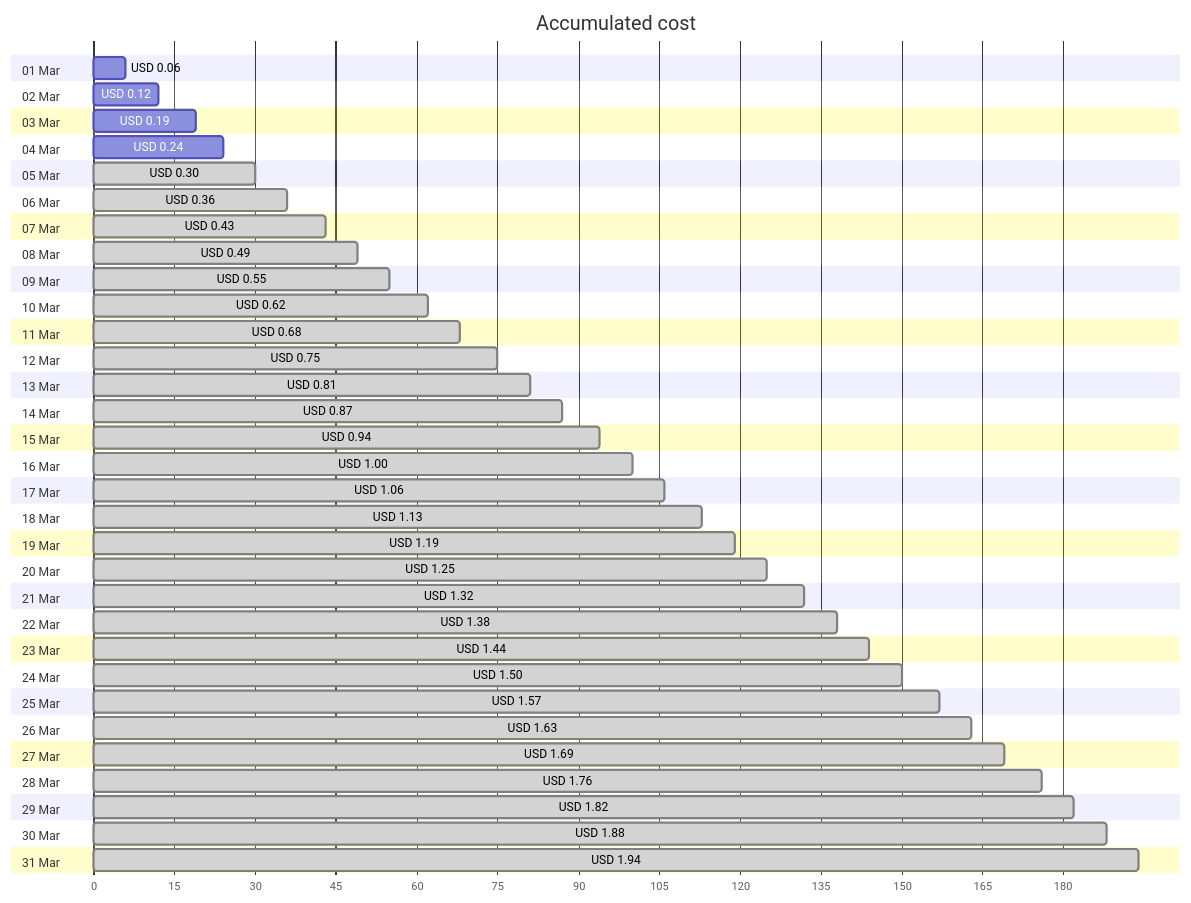
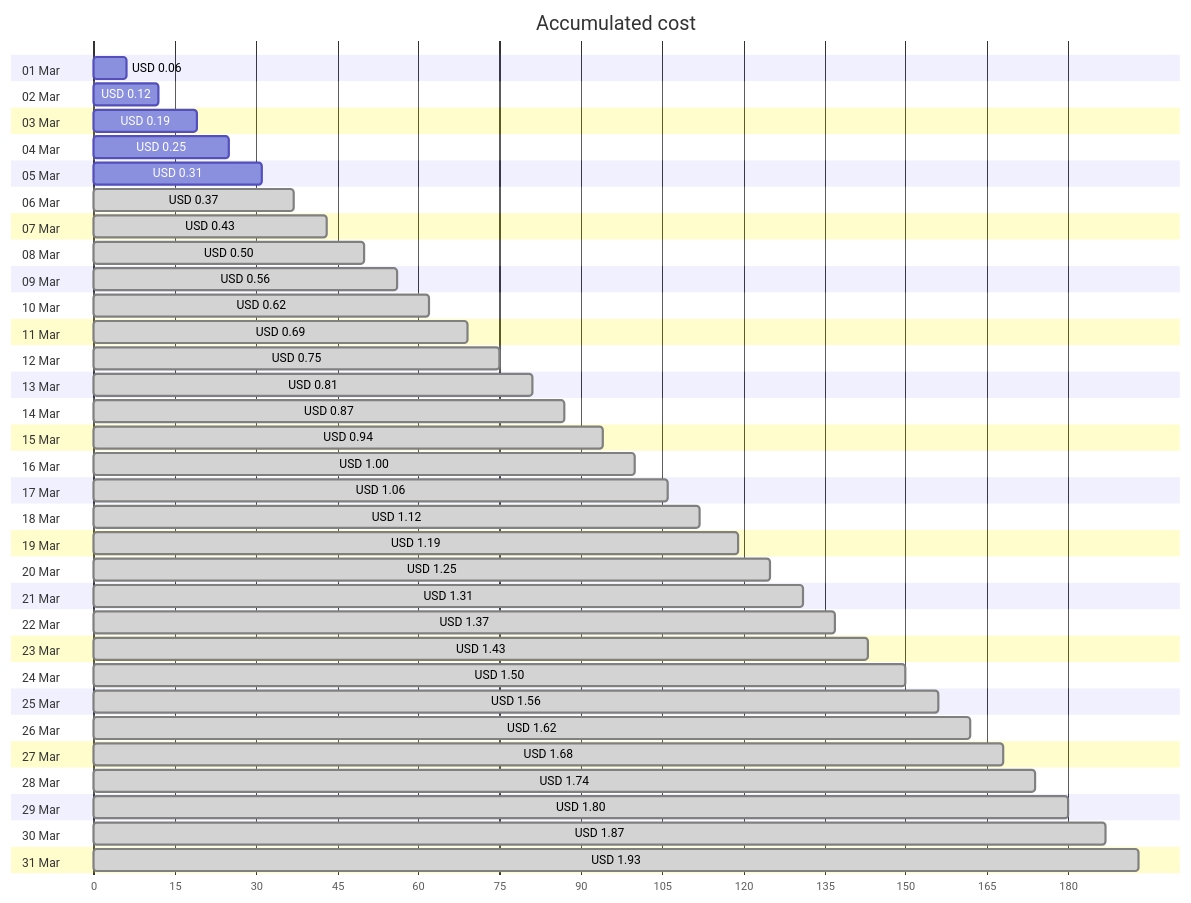
The first of 4 diagrams in cost-reports/personal-network/vpn-server_OsDisk.md (jpfulton/azure-personal-reports), drawn with Mermaid before and after one commit. The commit also changed other lines of this file and 8 other files, not shown here.

````diff
--- a/cost-reports/personal-network/vpn-server_OsDisk.md
+++ b/cost-reports/personal-network/vpn-server_OsDisk.md
@@ -20,68 +20,68 @@
 ```mermaid
 gantt
    title Accumulated cost
    dateFormat  X
    axisFormat %s
    section 01 Mar
    USD 0.06 :0, 6
    section 02 Mar
    USD 0.12 :0, 12
    section 03 Mar
    USD 0.19 :0, 19
    section 04 Mar
-   USD 0.24 :0, 24
+   USD 0.25 :0, 25
    section 05 Mar
-   USD 0.30 : done, 0, 30
+   USD 0.31 :0, 31
    section 06 Mar
-   USD 0.36 : done, 0, 36
+   USD 0.37 : done, 0, 37
    section 07 Mar
    USD 0.43 : done, 0, 43
    section 08 Mar
-   USD 0.49 : done, 0, 49
+   USD 0.50 : done, 0, 50
    section 09 Mar
-   USD 0.55 : done, 0, 55
+   USD 0.56 : done, 0, 56
    section 10 Mar
    USD 0.62 : done, 0, 62
    section 11 Mar
-   USD 0.68 : done, 0, 68
+   USD 0.69 : done, 0, 69
    section 12 Mar
    USD 0.75 : done, 0, 75
    section 13 Mar
    USD 0.81 : done, 0, 81
    section 14 Mar
    USD 0.87 : done, 0, 87
    section 15 Mar
    USD 0.94 : done, 0, 94
    section 16 Mar
    USD 1.00 : done, 0, 100
    section 17 Mar
    USD 1.06 : done, 0, 106
    section 18 Mar
-   USD 1.13 : done, 0, 113
+   USD 1.12 : done, 0, 112
    section 19 Mar
    USD 1.19 : done, 0, 119
    section 20 Mar
    USD 1.25 : done, 0, 125
    section 21 Mar
-   USD 1.32 : done, 0, 132
+   USD 1.31 : done, 0, 131
    section 22 Mar
-   USD 1.38 : done, 0, 138
+   USD 1.37 : done, 0, 137
    section 23 Mar
-   USD 1.44 : done, 0, 144
+   USD 1.43 : done, 0, 143
    section 24 Mar
    USD 1.50 : done, 0, 150
    section 25 Mar
-   USD 1.57 : done, 0, 157
+   USD 1.56 : done, 0, 156
    section 26 Mar
-   USD 1.63 : done, 0, 163
+   USD 1.62 : done, 0, 162
    section 27 Mar
-   USD 1.69 : done, 0, 169
+   USD 1.68 : done, 0, 168
    section 28 Mar
-   USD 1.76 : done, 0, 176
+   USD 1.74 : done, 0, 174
    section 29 Mar
-   USD 1.82 : done, 0, 182
+   USD 1.80 : done, 0, 180
    section 30 Mar
-   USD 1.88 : done, 0, 188
+   USD 1.87 : done, 0, 187
    section 31 Mar
-   USD 1.94 : done, 0, 194
+   USD 1.93 : done, 0, 193
 ```
````
